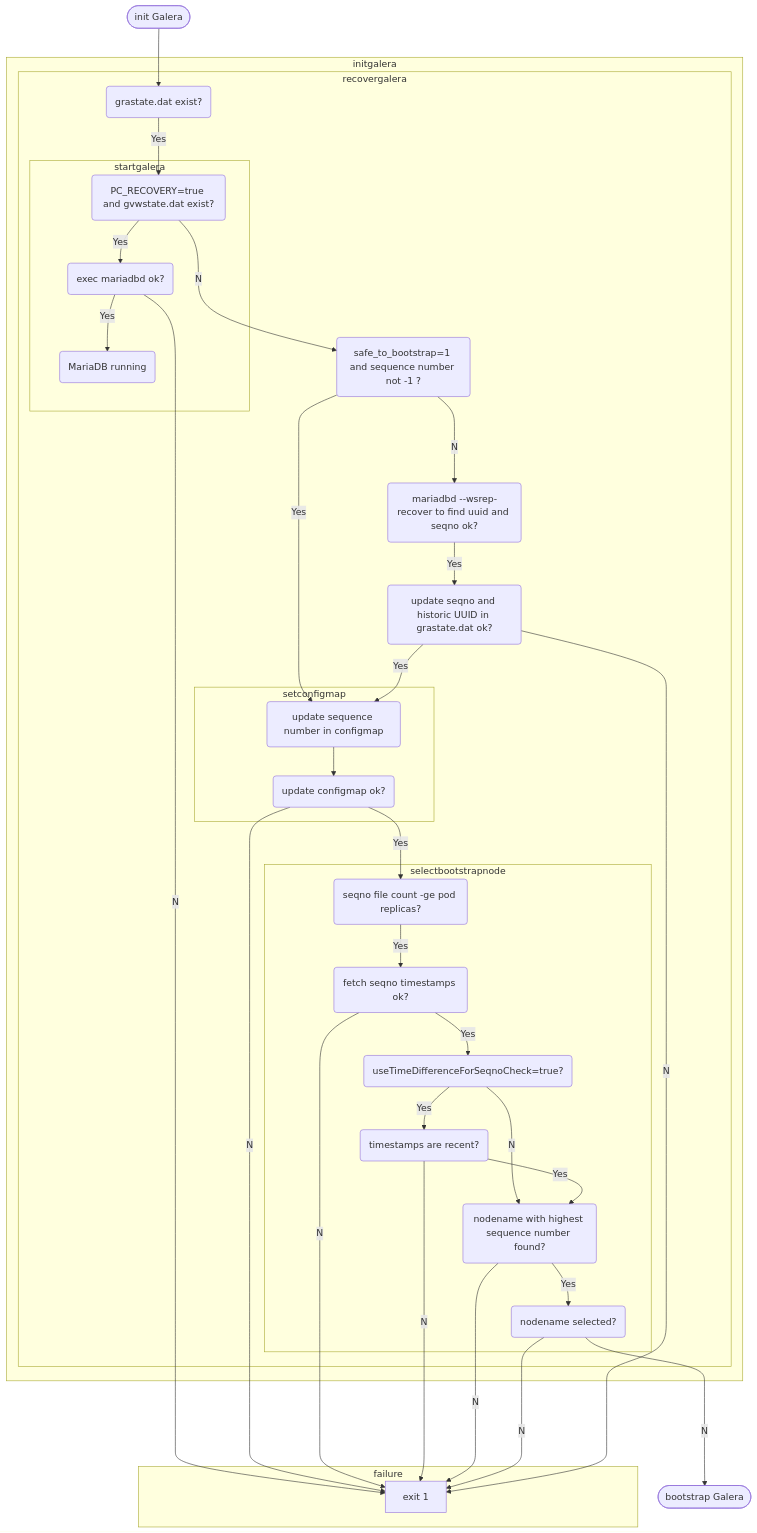
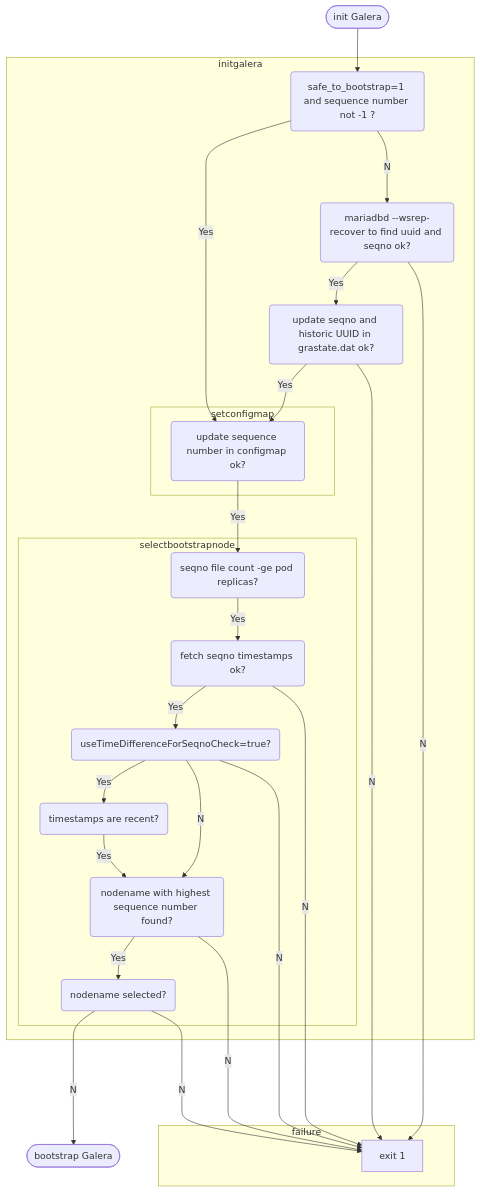
One commit to sapcc/helm-charts changed the fourth of 5 diagrams in common/mariadb-galera/README.md. Above: the diagram before and after it, drawn with Mermaid.

Commit message:
bootstrap Galera flow chart simplified - by removing redundant flow parts

````diff
--- a/common/mariadb-galera/README.md
+++ b/common/mariadb-galera/README.md
@@ -126,33 +126,25 @@
 ```mermaid
 flowchart TB;
   id1([init Galera])-->id2;
   subgraph idsub1 [initgalera]
-    id2(grastate.dat exist?);
-    subgraph idsub2 [recovergalera]
-      id2--Yes-->id3(PC_RECOVERY=true and gvwstate.dat exist?);
-      subgraph idsub3 [startgalera]
-        id3--Yes-->id4(exec mariadbd ok?)--Yes-->id98(MariaDB running);
-      end
-        id3--No-->id5(safe_to_bootstrap=1 and sequence number not -1 ?)--Yes-->id6;
-        subgraph idsub4 [setconfigmap]
-          id6(update sequence number in configmap);
-          id6-->id7(update configmap ok?);
-        end
-        subgraph idsub5 [selectbootstrapnode]
-          id7--Yes-->id8(seqno file count -ge pod replicas?);
-          id8--Yes-->id9(fetch seqno timestamps ok?);
-          id9--Yes-->id10(useTimeDifferenceForSeqnoCheck=true?);
-          id10--Yes-->id11(timestamps are recent?);
-          id10--No-->id12;
-          id11--Yes-->id12(nodename with highest sequence number found?);
-          id12--Yes-->id13(nodename selected?);
-        end
-        id5--No-->id14(mariadbd --wsrep-recover to find uuid and seqno ok?);
-        id14--Yes-->id15(update seqno and historic UUID in grastate.dat ok?)--Yes-->id6;
-      end
+    id2(safe_to_bootstrap=1 and sequence number not -1 ?)--Yes-->id3;
+    subgraph idsub2 [setconfigmap]
+      id3(update sequence number in configmap ok?);
     end
-    id13--No-->id16([bootstrap Galera]);
-    subgraph failure
-      id4 & id7 & id9 & id11 & id12 & id13 & id15--No-->id666[exit 1];
+    subgraph idsub3 [selectbootstrapnode]
+      id3--Yes-->id4(seqno file count -ge pod replicas?);
+      id4--Yes-->id5(fetch seqno timestamps ok?);
+      id5--Yes-->id6(useTimeDifferenceForSeqnoCheck=true?);
+      id6--Yes-->id7(timestamps are recent?);
+      id6--No-->id8;
+      id7--Yes-->id8(nodename with highest sequence number found?);
+      id8--Yes-->id9(nodename selected?);
     end
+    id2--No-->id10(mariadbd --wsrep-recover to find uuid and seqno ok?);
+    id10--Yes-->id11(update seqno and historic UUID in grastate.dat ok?)--Yes-->id3;
+  end
+  id9--No-->id13([bootstrap Galera]);
+  subgraph failure
+    id5 & id6 & id8 & id9 & id10 & id11--No-->id666[exit 1];
+  end
 ```
````
